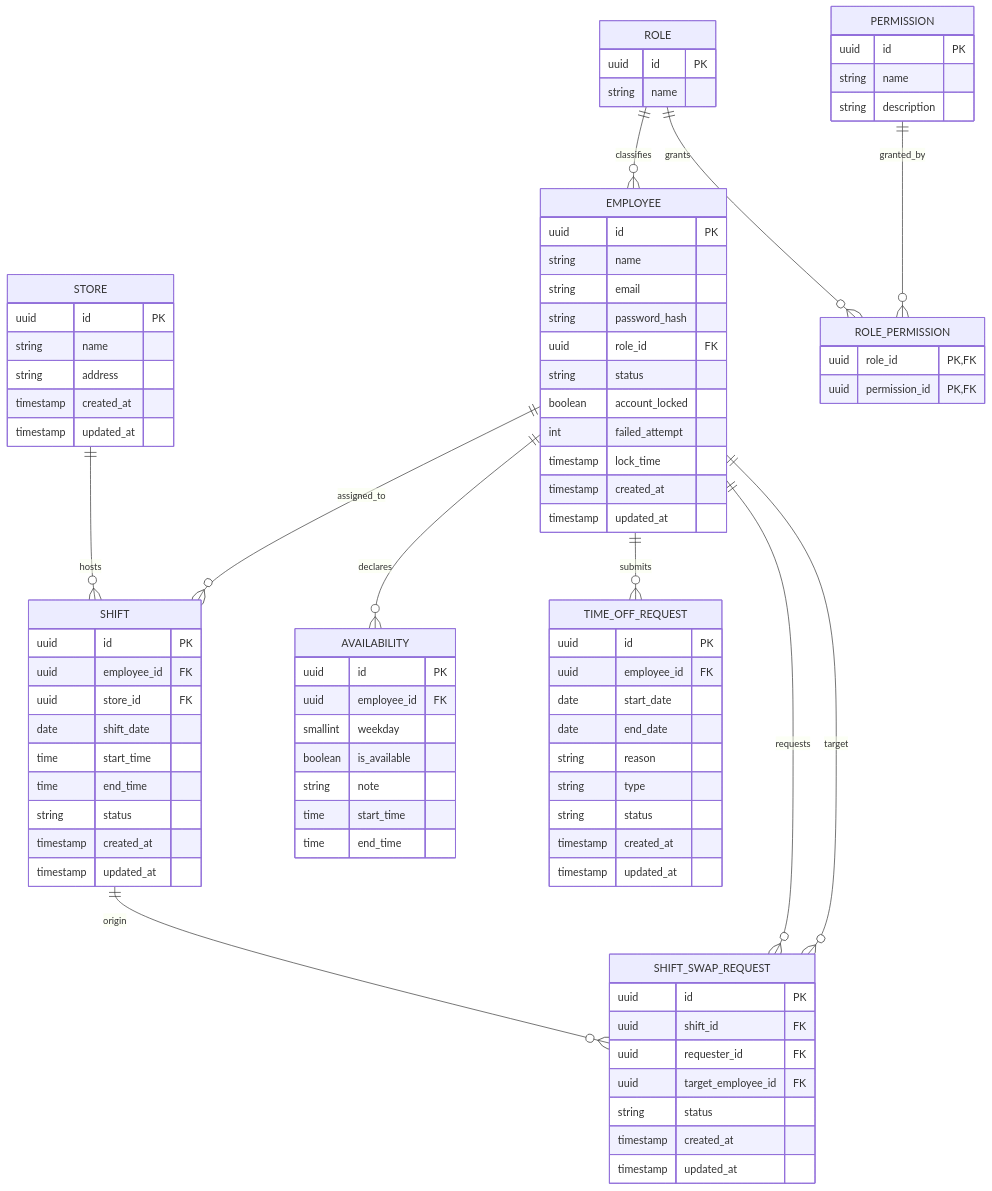
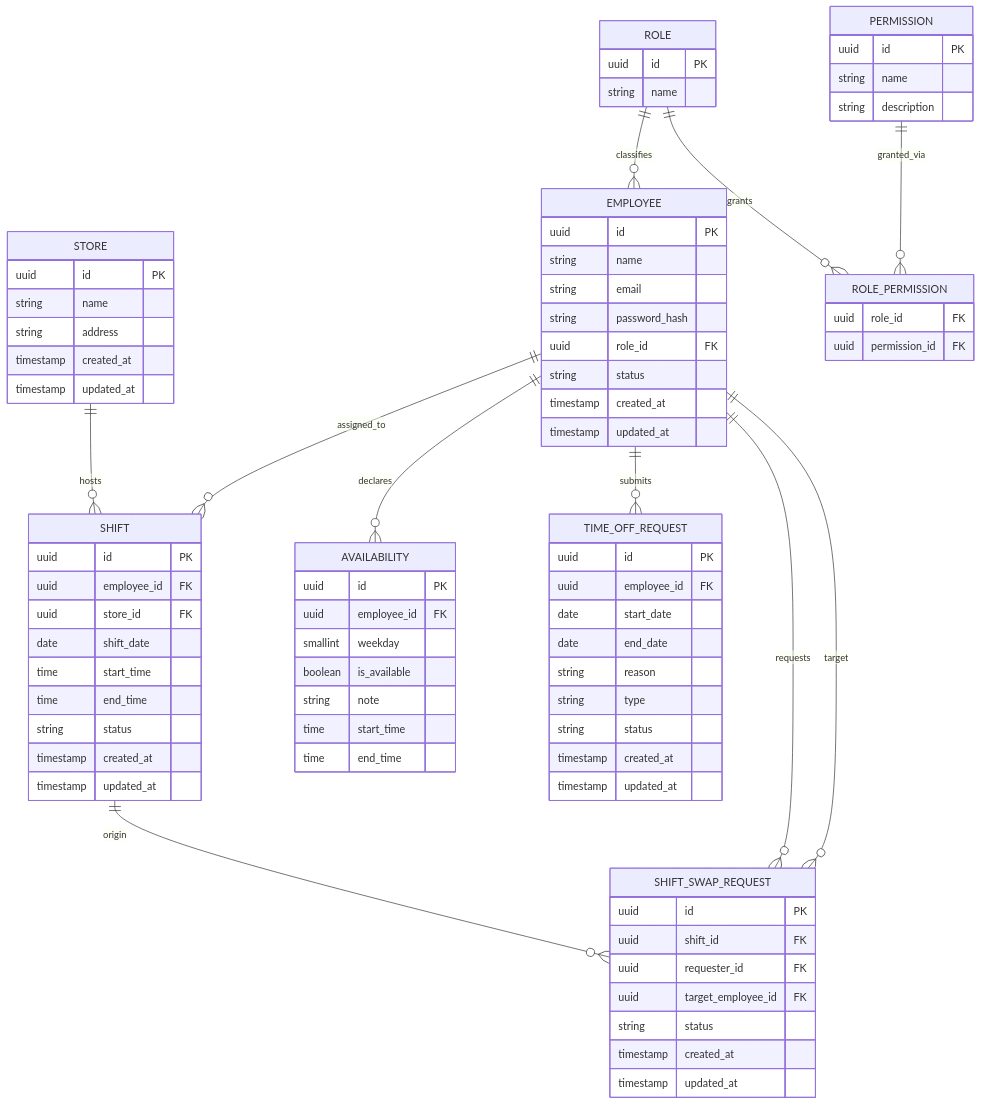
One commit to fabianoic/roster changed the third of 4 diagrams in README.md. Above: the diagram before and after it, drawn with Mermaid. The commit also changed other lines of this file, not shown here.

```diff
--- a/README.md
+++ b/README.md
@@ -73,7 +74,7 @@
     STORE ||--o{ SHIFT : hosts
     ROLE ||--o{ EMPLOYEE : classifies
     ROLE ||--o{ ROLE_PERMISSION : grants
-    PERMISSION ||--o{ ROLE_PERMISSION : granted_by
+    PERMISSION ||--o{ ROLE_PERMISSION : granted_via
     EMPLOYEE ||--o{ SHIFT : assigned_to
     EMPLOYEE ||--o{ AVAILABILITY : declares
     EMPLOYEE ||--o{ TIME_OFF_REQUEST : submits
@@ -91,8 +92,8 @@
         string description
     }
     ROLE_PERMISSION {
-        uuid role_id PK, FK
-        uuid permission_id PK, FK
+        uuid role_id FK
+        uuid permission_id FK
     }
     STORE {
         uuid id PK
@@ -108,9 +109,6 @@
         string password_hash
         uuid role_id FK
         string status
-        boolean account_locked
-        int failed_attempt
-        timestamp lock_time
         timestamp created_at
         timestamp updated_at
     }
```
